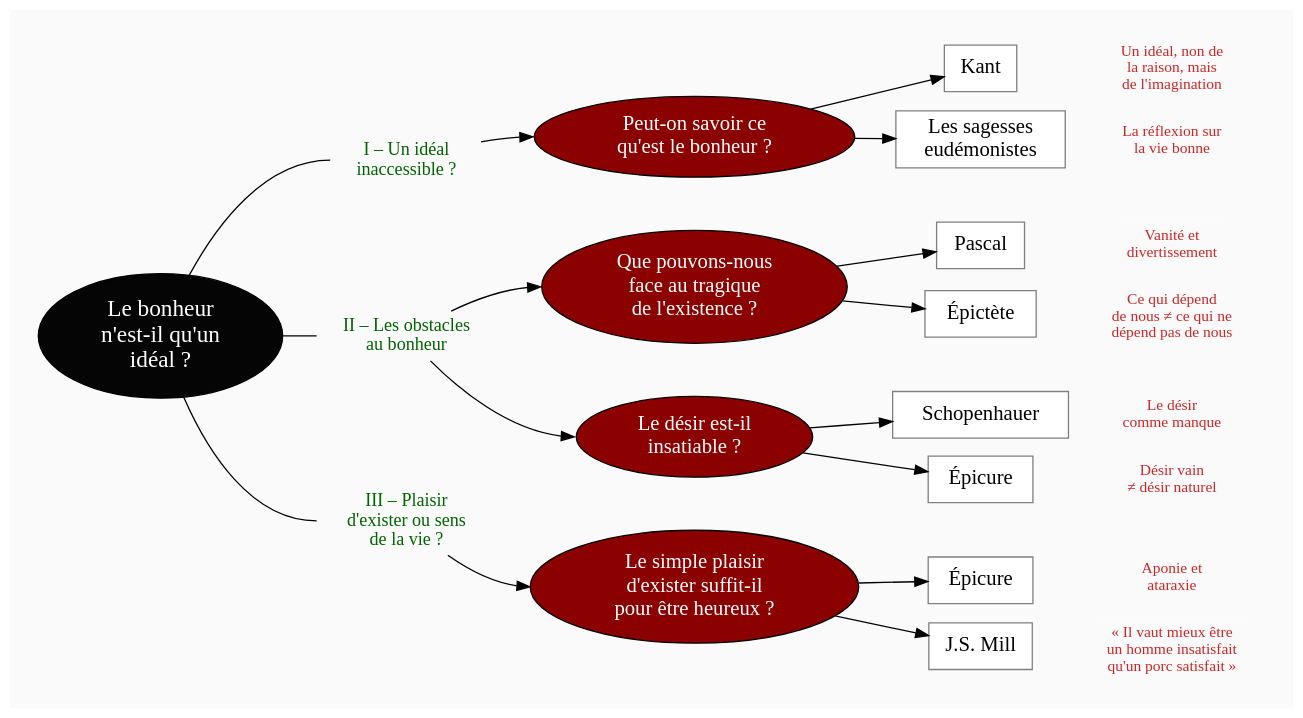
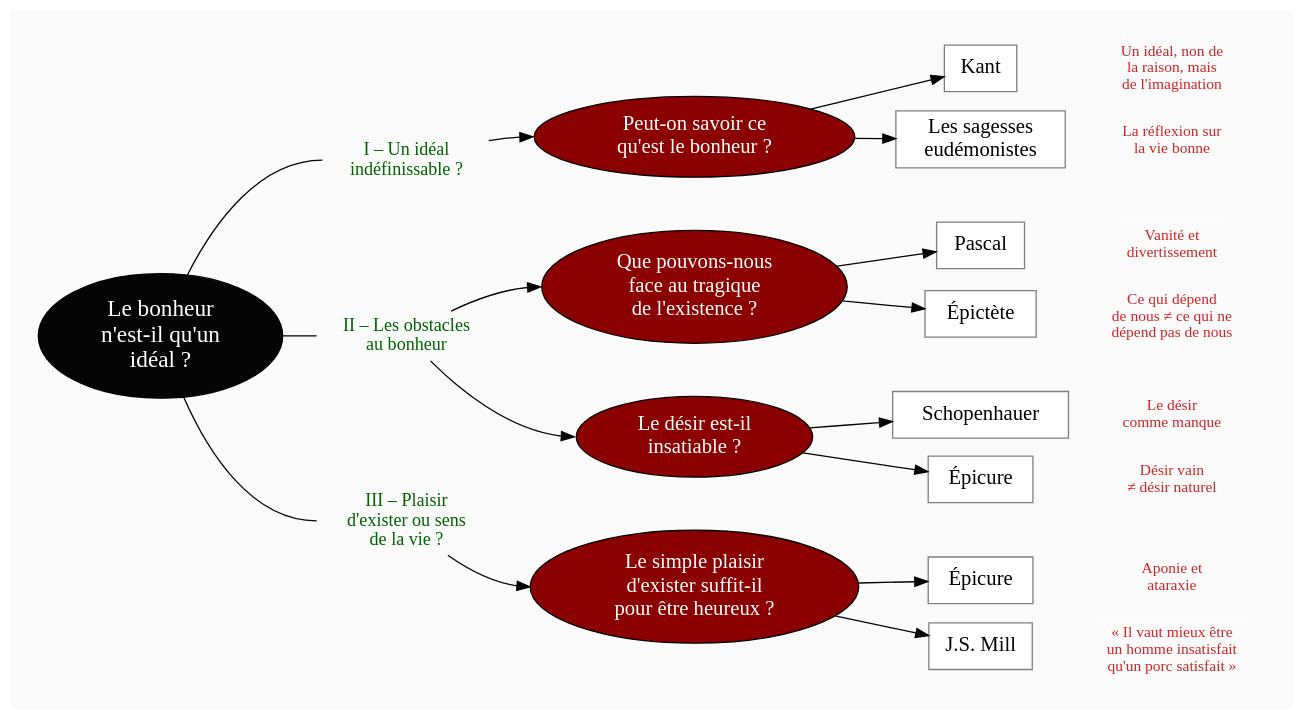
One commit to eyssette/graphviz-examples changed the diagram in plans/plan-cours-details-bonheur.dot. Above: the diagram before and after it, drawn with Graphviz.

```diff
--- a/plans/plan-cours-details-bonheur.dot
+++ b/plans/plan-cours-details-bonheur.dot
@@ -1,141 +1,141 @@
 digraph G {
 // Template : diagram
 // Usage : 
 rankdir=LR
 splines=true
 //splines=curved
 bgcolor=grey98
 pad=0.3
 style=filled
 edge[minlen=3]
 node[style=filled, fontcolor=white]
 ranksep=0.1
 nodesep=0.2
 
 // NIVEAU 1
 node[fillcolor=grey2, fontsize=18]
 a1[label="Le bonheur
 n'est-il qu'un
 idéal ?"]
 
 // NIVEAU 2
 node[fontsize=14, shape=plaintext, fillcolor=grey98, fontcolor=darkgreen]
 a1->p1[headport=w, arrowhead=none]
 a1->p2[headport=w, arrowhead=none]
 a1->p3[headport=w, arrowhead=none]
 
 p1[label="I – Un idéal
-inaccessible ?"]
+indéfinissable ?"]
 p2[label="II – Les obstacles
 au bonheur"]
 p3[label="III – Plaisir
 d'exister ou sens
 de la vie ?"]
 
 {rank=same;p1->p2->p3[style=invis, minlen=7]}
 
 node[fontcolor=black, fontsize=16]
 // NIVEAU 3 (sans intermédiaire)
 node [shape=box, fillcolor=white, color=grey50]
 // c1[label=""]
 
 
 
 // INTERMÉDIAIRE AVANT NIVEAU 3
 node[fillcolor=red4, shape=oval, fontcolor=white, color=black]
 // [arrowhead=none]
 // bc1[label=""]
 p1->b1[headport=w]
 p2->b2[headport=w]
 p2->b3[headport=w]
 p3->b4[headport=w]
 b1[label="Peut-on savoir ce
 qu'est le bonheur ?"]    
 b2[label="Que pouvons-nous
 face au tragique
 de l'existence ?"]
 b3[label="Le désir est-il
 insatiable ?"]
 b4[label="Le simple plaisir
 d'exister suffit-il
 pour être heureux ?"]
 
 
 
 
 {rank=same;b1->b2->b3->b4[style=invis, minlen=3]}
 
 // NIVEAU 3 (avec intermédiaire)
 node[fillcolor=white, shape=box, color=grey50, fontcolor=black]
 // c1[label=""]
 b1->{c1,c2}
 c1[label="Kant"]
 c2[label="Les sagesses
 eudémonistes"]
 
 b2->{c3,c4}
 c3[label="Pascal"]
 c4[label="Épictète"]
 
 b3->{c5,c6}
 c5[label="Schopenhauer"]
 c6[label="Épicure"]
 
 b4->{c7,c8}
 c7[label="Épicure"]
 c8[label="J.S. Mill"]
 
 
 {rank=same;c2->c3[style=invis, minlen=3]}
 {rank=same;c4->c5[style=invis, minlen=3]}
 {rank=same;c6->c7[style=invis, minlen=3]}
 
 // NIVEAU 4
 node[style="filled,rounded", fillcolor=white, shape=box, color=grey50]
 // d1[label=""]
 
 
 // ÉTIQUETTES EN ROUGE
 node[shape=plaintext, fontcolor=firebrick3, fillcolor=grey98, fontsize=12]
 // e1[label=< <B>= Titre</B><BR /><BR />Contenu<BR /> >]
 // e1[label=""]
 // ->e1[minlen=1, style=invis]
 
 e1[label="Un idéal, non de
 la raison, mais
 de l'imagination"]
 e2[label="La réflexion sur
 la vie bonne"]
 e3[label="Vanité et
 divertissement"]
 e4[label="Ce qui dépend
 de nous ≠ ce qui ne
 dépend pas de nous"]
 e5[label="Le désir
 comme manque"]
 e6[label="Désir vain
 ≠ désir naturel"]
 e7[label="Aponie et
 ataraxie"]
 e8[label="« Il vaut mieux être
 un homme insatisfait
 qu'un porc satisfait »"]
 
 c1->e1[minlen=1, style=invis]
 c2->e2[minlen=1, style=invis]
 c3->e3[minlen=1, style=invis]
 c4->e4[minlen=1, style=invis]
 c5->e5[minlen=1, style=invis]
 c6->e6[minlen=1, style=invis]
 c7->e7[minlen=1, style=invis]
 c8->e8[minlen=1, style=invis]
 
 
 // REMARQUES EN BLEU
 node[color=blue, shape=box, margin=0.07, fontcolor=black, fontsize=12, style="dashed", penwidth=0.6]
 edge[color=blue, arrowhead="none", xlabel="", style="dashed", penwidth=0.6]
 // r1[label=""]
 // {rank=same;->r1}
 // {rank=same;r1->[dir=back]}
 
 }
```
